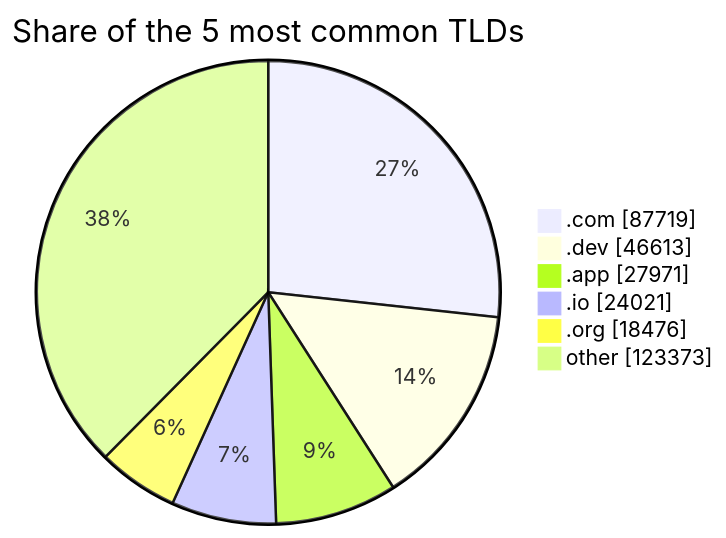
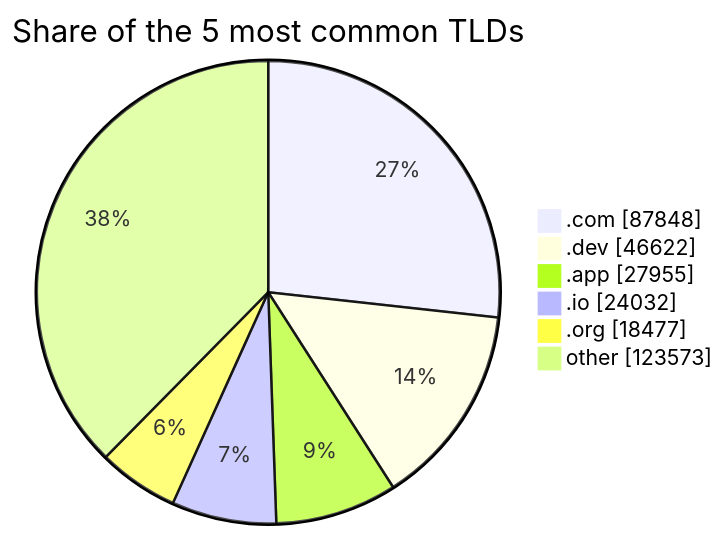
Before and after one commit to DNSBunker/CTI: the third of 3 diagrams in README.md, drawn with Mermaid. The commit also changed other lines of this file and 3 other files, not shown here.

````diff
--- a/README.md
+++ b/README.md
@@ -81,9 +81,9 @@
 ```mermaid
 pie showData title Share of the 5 most common TLDs
-    ".com" : 87719
-    ".dev" : 46613
-    ".app" : 27971
-    ".io" : 24021
-    ".org" : 18476
-    "other" : 123373
+    ".com" : 87848
+    ".dev" : 46622
+    ".app" : 27955
+    ".io" : 24032
+    ".org" : 18477
+    "other" : 123573
 ```
````
